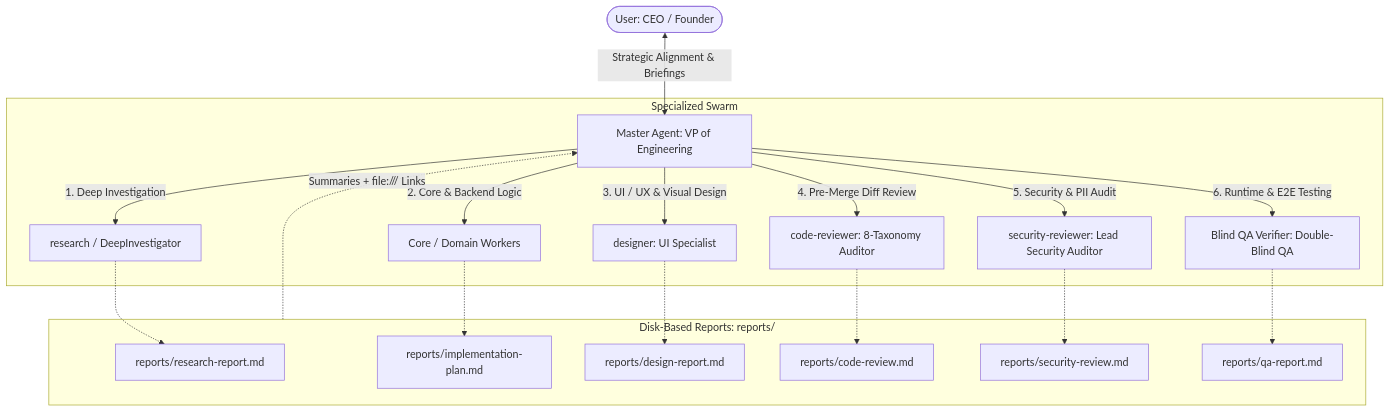
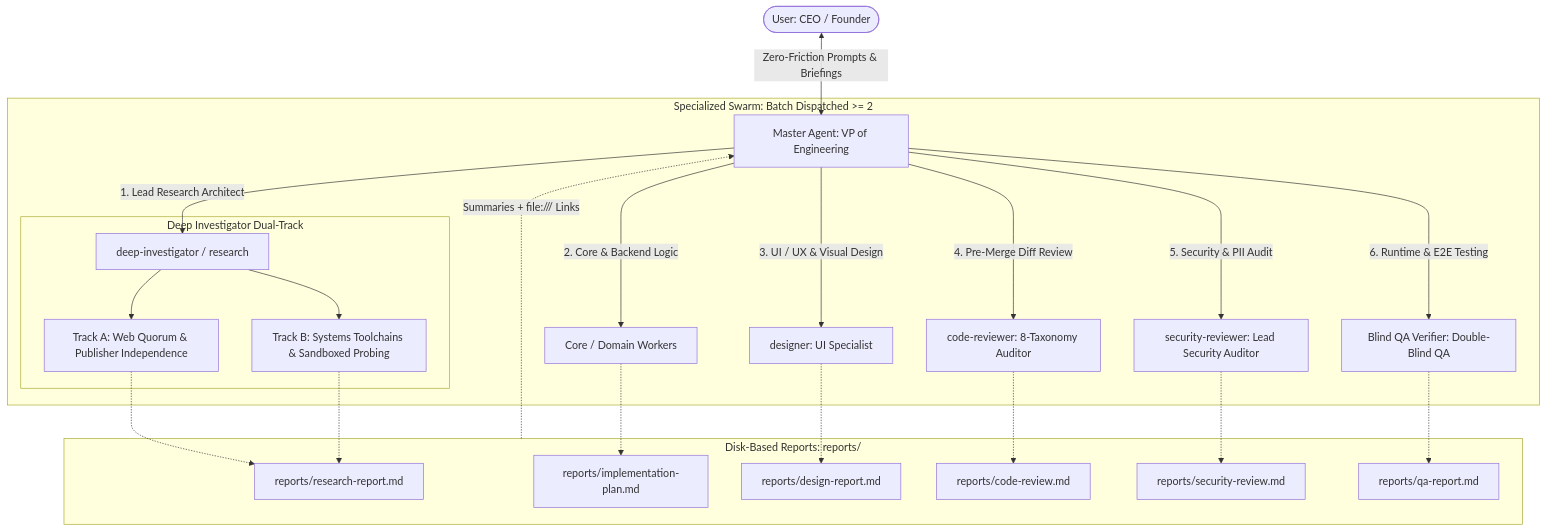
One commit to myk1yt/agy-tools changed the diagram in rules/AGENTS.md. Above: the diagram before and after it, drawn with Mermaid. The commit also changed other lines of this file and 16 other files, not shown here.

First line of the commit message:
﻿feat(deep-investigator): add dual-track research plugin and concurrent swarm governance

````diff
--- a/rules/AGENTS.md
+++ b/rules/AGENTS.md
@@ -25,24 +38,29 @@
 ```mermaid
 graph TD
-  CEO([User: CEO / Founder]) <-->|Strategic Alignment & Briefings| VP[Master Agent: VP of Engineering]
+  CEO([User: CEO / Founder]) <-->|Zero-Friction Prompts & Briefings| VP[Master Agent: VP of Engineering]
   
-  subgraph Specialists [Specialized Swarm]
-    VP -->|1. Deep Investigation| R[research / DeepInvestigator]
+  subgraph Specialists [Specialized Swarm: Batch Dispatched >= 2]
+    VP -->|1. Lead Research Architect| DI[deep-investigator / research]
+    subgraph DualTrack [Deep Investigator Dual-Track]
+      DI --> TA[Track A: Web Quorum & Publisher Independence]
+      DI --> TB[Track B: Systems Toolchains & Sandboxed Probing]
+    end
     VP -->|2. Core & Backend Logic| CW[Core / Domain Workers]
     VP -->|3. UI / UX & Visual Design| DES[designer: UI Specialist]
     VP -->|4. Pre-Merge Diff Review| CR[code-reviewer: 8-Taxonomy Auditor]
     VP -->|5. Security & PII Audit| SEC[security-reviewer: Lead Security Auditor]
     VP -->|6. Runtime & E2E Testing| QA[Blind QA Verifier: Double-Blind QA]
   end
   
   subgraph Artifacts [Disk-Based Reports: reports/]
-    R -.-> Rep1[reports/research-report.md]
+    TA -.-> Rep1[reports/research-report.md]
+    TB -.-> Rep1
     CW -.-> Rep2[reports/implementation-plan.md]
     DES -.-> Rep3[reports/design-report.md]
     CR -.-> Rep4[reports/code-review.md]
     SEC -.-> Rep5[reports/security-review.md]
     QA -.-> Rep6[reports/qa-report.md]
   end
   
   Artifacts -.->|Summaries + file:/// Links| VP
 ```
````
